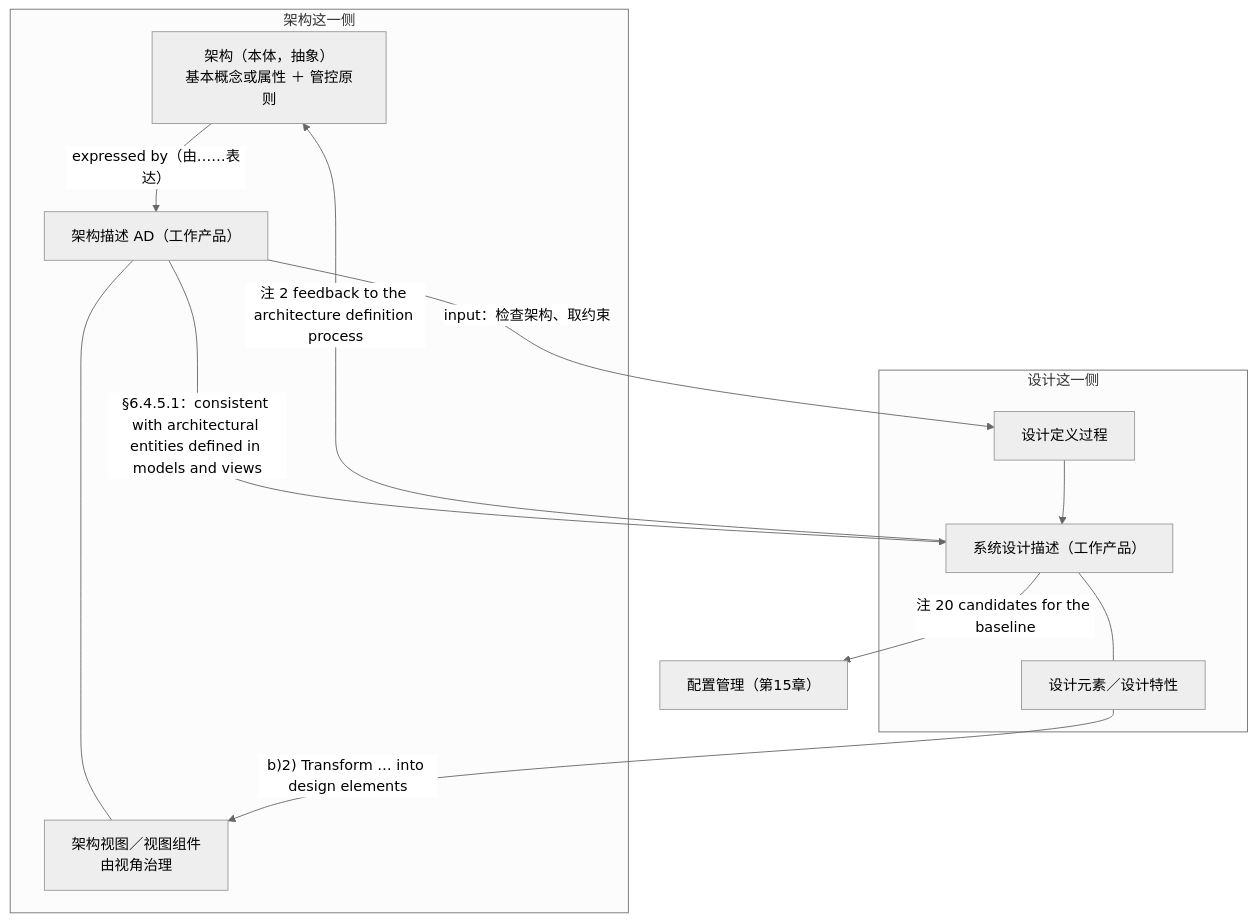
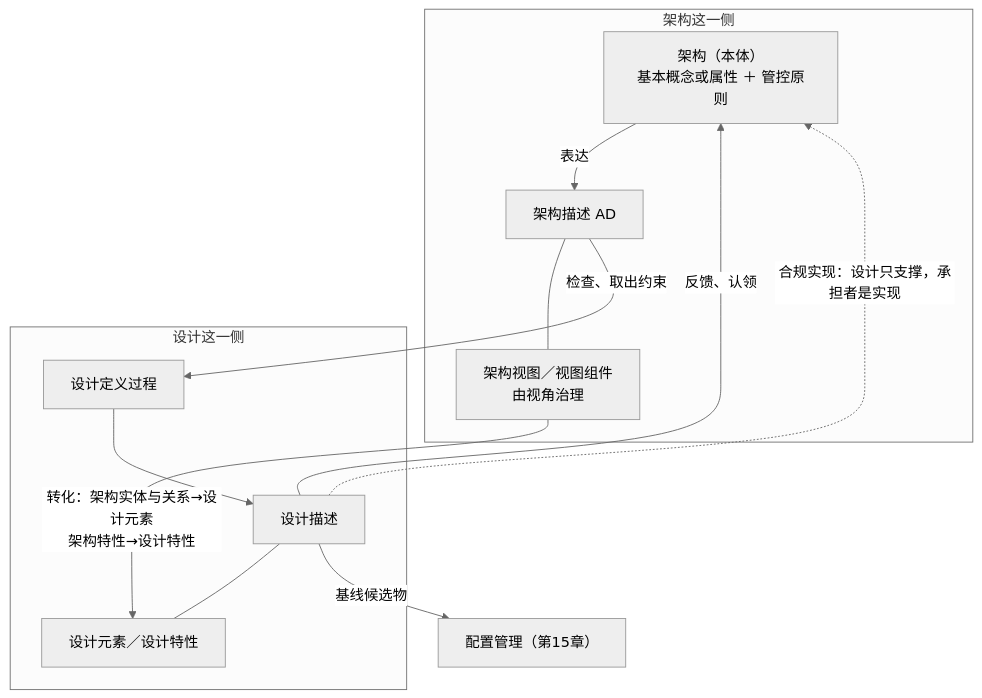
Before and after one commit to Yongjunzhou/business-Engineering: the diagram in 10-系统工程研究/03-架构师是个怎样的物种/14-第14章-架构与设计-不是概要和详细.md, drawn with Mermaid (neutral theme). The commit also changed other lines of this file and 12 other files, not shown here.

````diff
--- a/10-系统工程研究/03-架构师是个怎样的物种/14-第14章-架构与设计-不是概要和详细.md
+++ b/10-系统工程研究/03-架构师是个怎样的物种/14-第14章-架构与设计-不是概要和详细.md
@@ -651,22 +442,22 @@
 ```mermaid
 flowchart TD
     subgraph ARCH["架构这一侧"]
-      A["架构（本体，抽象）<br/>基本概念或属性 ＋ 管控原则"]
-      AD["架构描述 AD（工作产品）"]
+      A["架构（本体）<br/>基本概念或属性 ＋ 管控原则"]
+      AD["架构描述 AD"]
       V["架构视图／视图组件<br/>由视角治理"]
-      A -->|"expressed by（由……表达）"| AD
+      A -->|"表达"| AD
       AD --- V
     end
     subgraph DES["设计这一侧"]
       DD["设计定义过程"]
-      DS["系统设计描述（工作产品）"]
+      DS["设计描述"]
       DE["设计元素／设计特性"]
       DD --> DS
       DS --- DE
     end
-    AD -->|"input：检查架构、取约束"| DD
-    AD -->|"§6.4.5.1：consistent with architectural entities defined in models and views"| DS
-    DE -->|"b)2) Transform … into design elements"| V
-    DS -->|"注 2 feedback to the architecture definition process"| A
-    DS -->|"注 20 candidates for the baseline"| CM["配置管理（第15章）"]
+    AD -->|"检查、取出约束"| DD
+    V -->|"转化：架构实体与关系→设计元素<br/>架构特性→设计特性"| DE
+    DS -->|"反馈、认领"| A
+    DS -.->|"合规实现：设计只支撑，承担者是实现"| A
+    DS -->|"基线候选物"| CM["配置管理（第15章）"]
 ```
````
